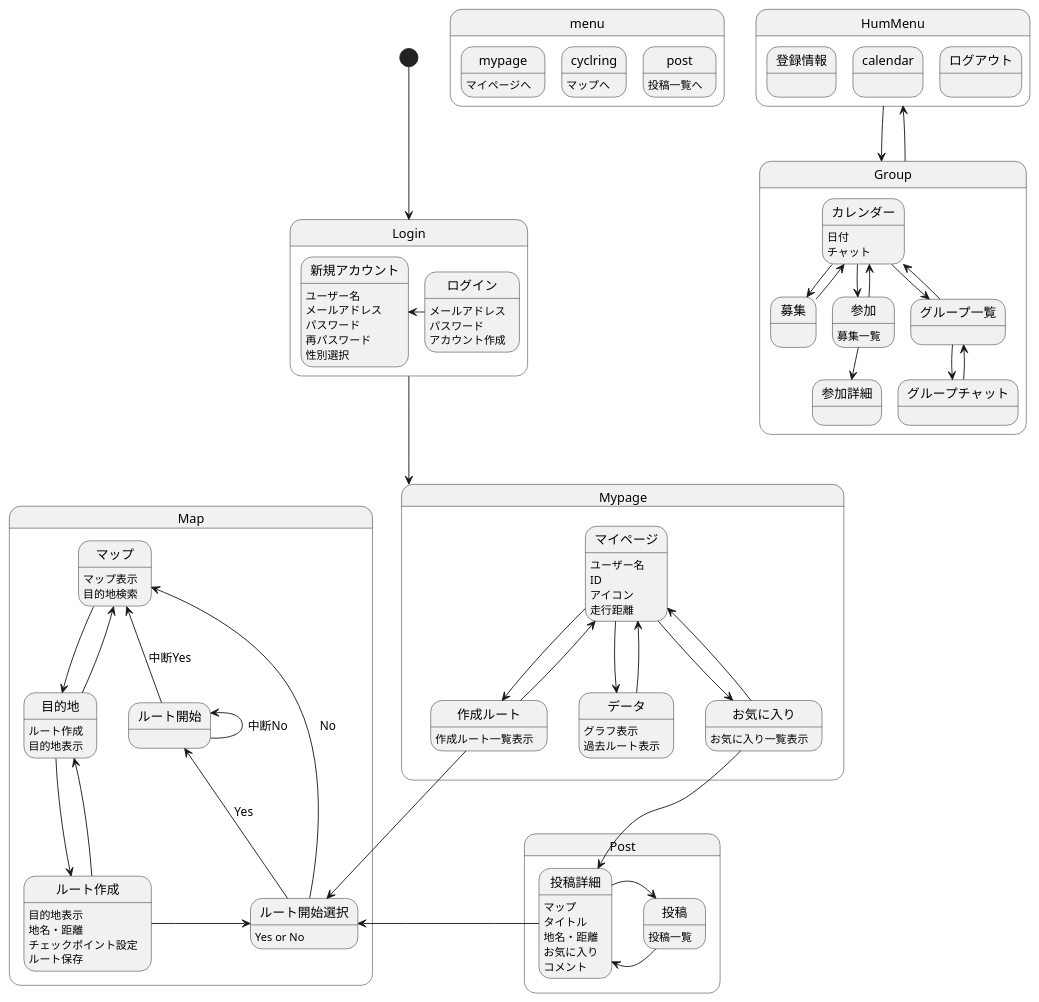
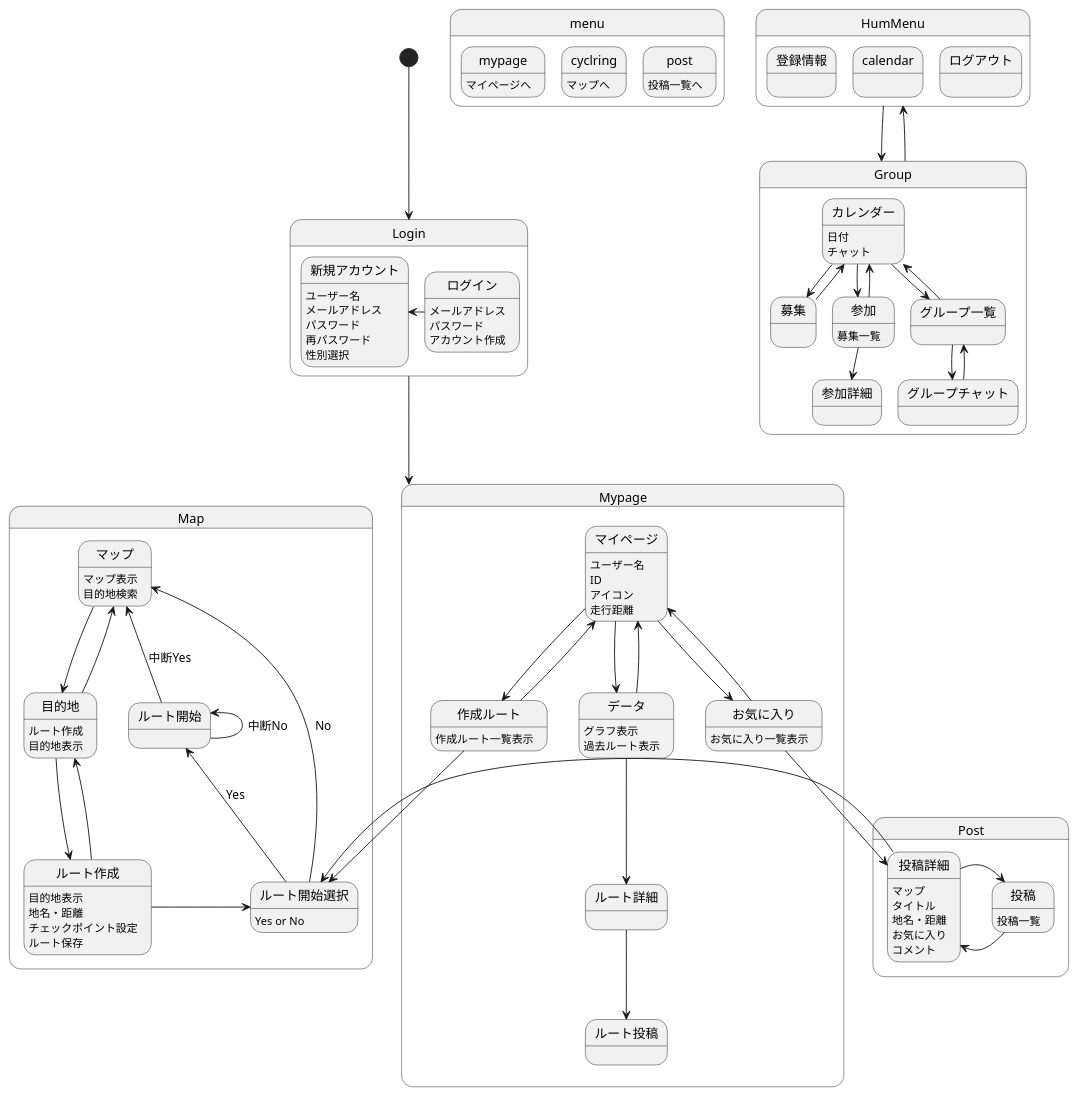
The diagram in 画面遷移図/gm.md (AsoSD3A3/CyclingSystem), drawn with PlantUML before and after one commit.

```diff
--- a/画面遷移図/gm.md
+++ b/画面遷移図/gm.md
@@ -56,11 +56,12 @@
 マイページ:走行距離
 マイページ-down->お気に入り
 お気に入り-->マイページ
+マイページ-down->作成ルート
+作成ルート-->マイページ
 マイページ-down->データ
 データ-->マイページ
-マイページ-down->作成ルート
-作成ルート-->マイページ
-
+データ-down->ルート詳細
+ルート詳細-down->ルート投稿
 お気に入り:お気に入り一覧表示
 データ:グラフ表示
 データ:過去ルート表示
```
